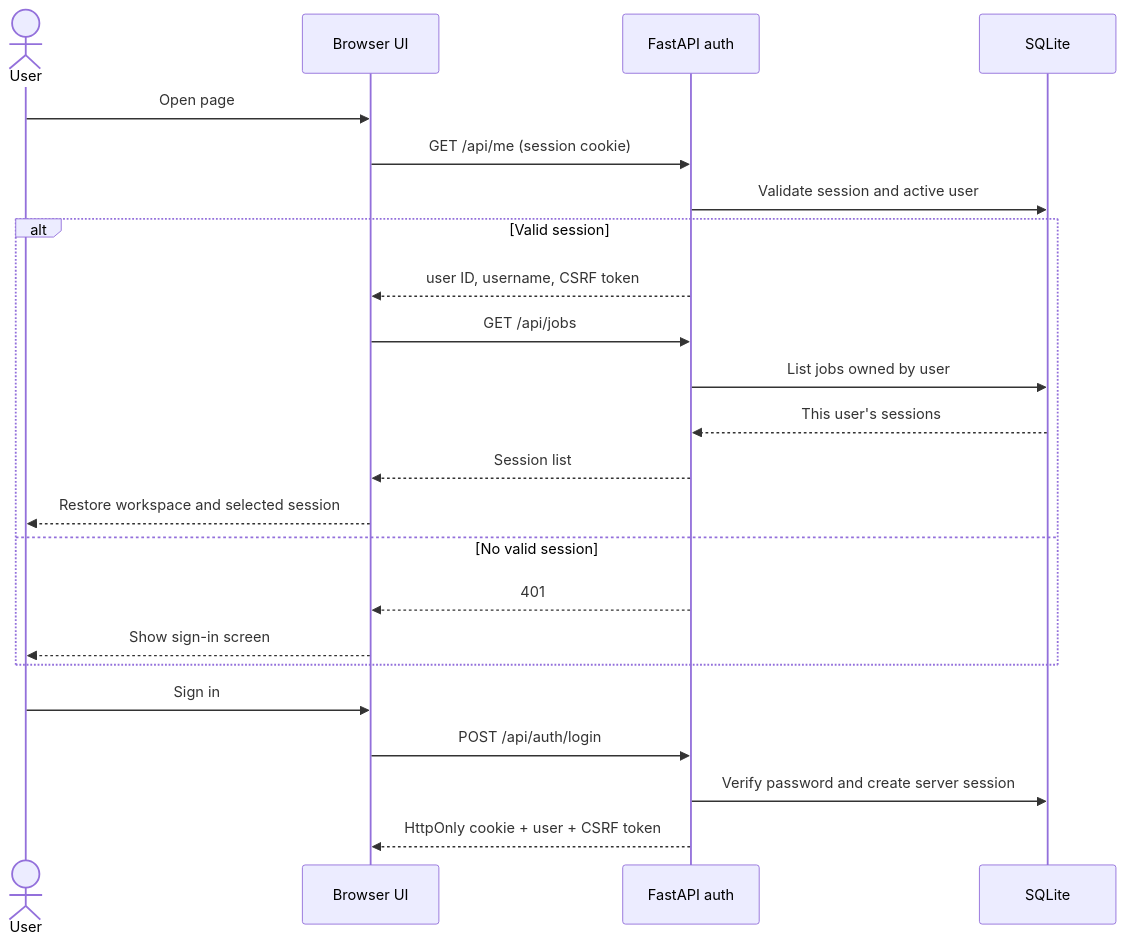
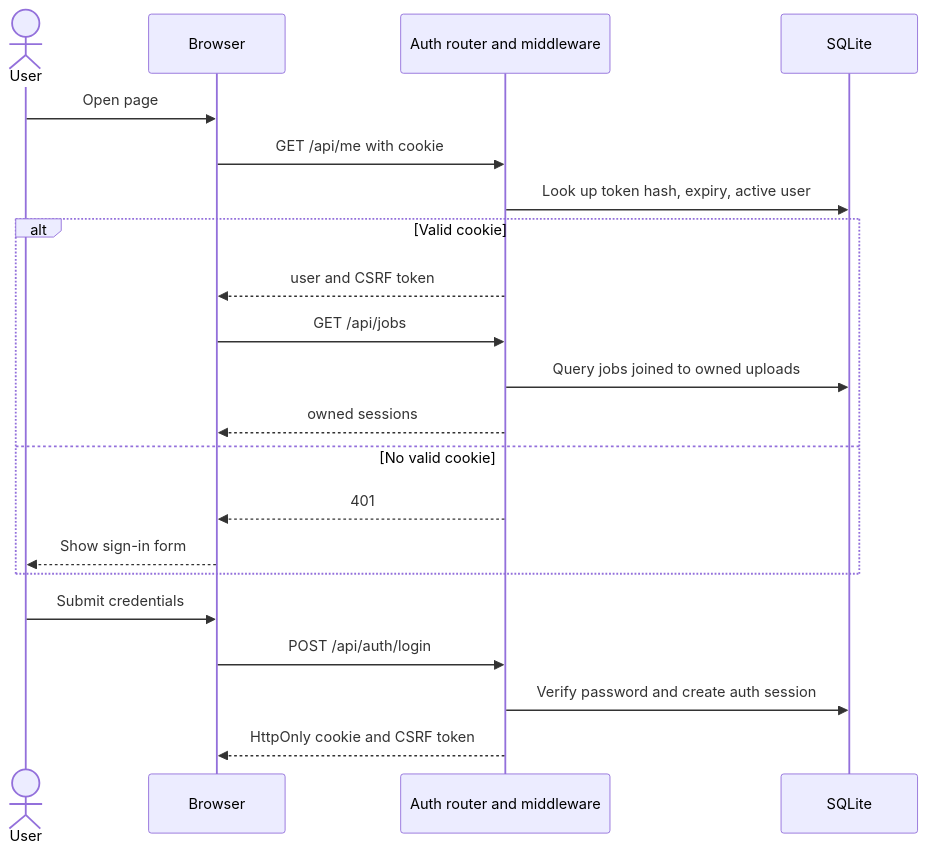
Before and after one commit to krishnakv24/Video-Analyzer-Agent: the third of 6 diagrams in docs/design/frontend-design.md, drawn with Mermaid. The commit also changed other lines of this file and 1 other file, not shown here.

````diff
--- a/docs/design/frontend-design.md
+++ b/docs/design/frontend-design.md
@@ -79,25 +100,23 @@
 ```mermaid
 sequenceDiagram
     actor User
-    participant UI as Browser UI
-    participant Auth as FastAPI auth
+    participant UI as Browser
+    participant Auth as Auth router and middleware
     participant DB as SQLite
     User->>UI: Open page
-    UI->>Auth: GET /api/me (session cookie)
-    Auth->>DB: Validate session and active user
-    alt Valid session
-        Auth-->>UI: user ID, username, CSRF token
+    UI->>Auth: GET /api/me with cookie
+    Auth->>DB: Look up token hash, expiry, active user
+    alt Valid cookie
+        Auth-->>UI: user and CSRF token
         UI->>Auth: GET /api/jobs
-        Auth->>DB: List jobs owned by user
-        DB-->>Auth: This user's sessions
-        Auth-->>UI: Session list
-        UI-->>User: Restore workspace and selected session
-    else No valid session
+        Auth->>DB: Query jobs joined to owned uploads
+        Auth-->>UI: owned sessions
+    else No valid cookie
         Auth-->>UI: 401
-        UI-->>User: Show sign-in screen
+        UI-->>User: Show sign-in form
     end
-    User->>UI: Sign in
+    User->>UI: Submit credentials
     UI->>Auth: POST /api/auth/login
-    Auth->>DB: Verify password and create server session
-    Auth-->>UI: HttpOnly cookie + user + CSRF token
+    Auth->>DB: Verify password and create auth session
+    Auth-->>UI: HttpOnly cookie and CSRF token
 ```
````
